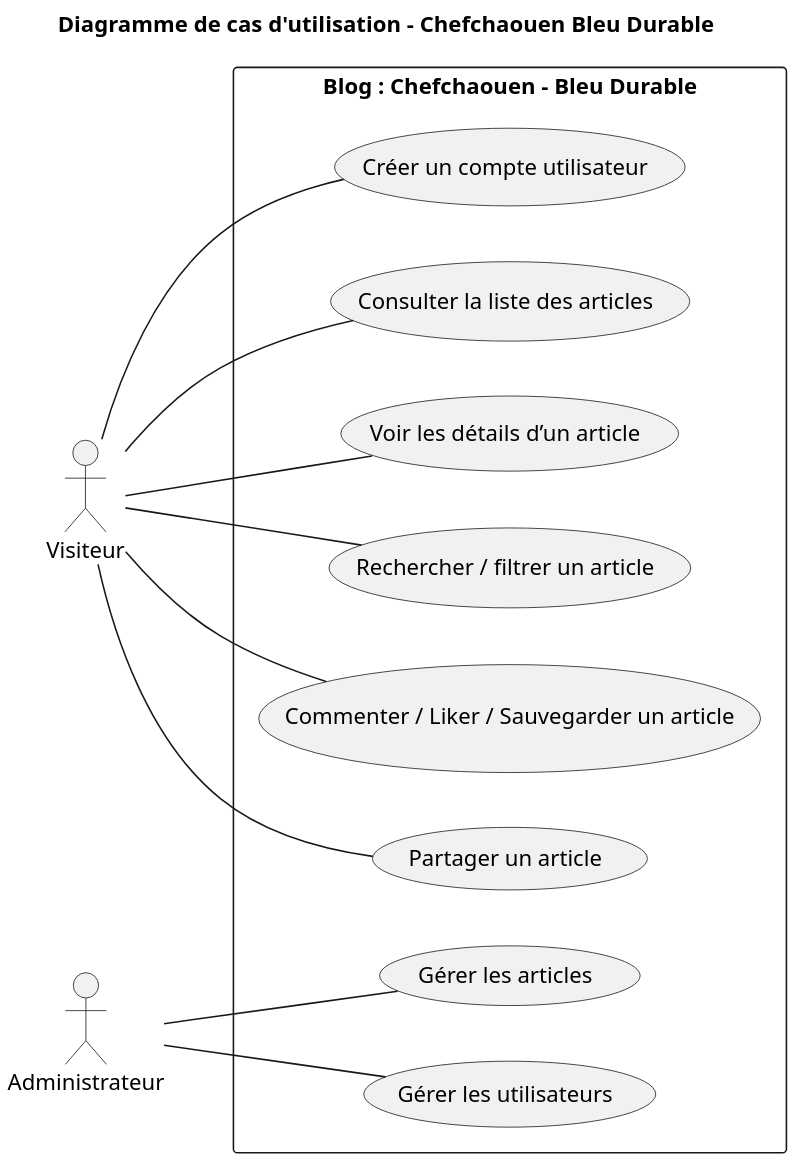
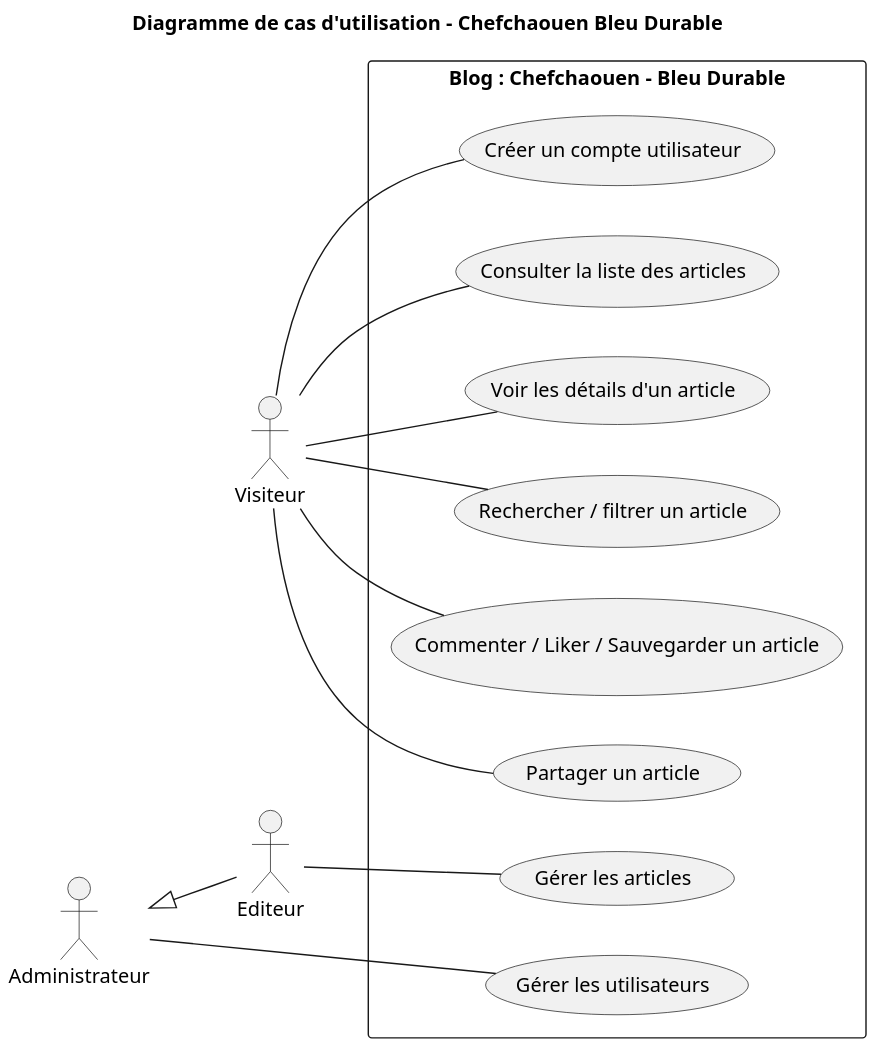
Before and after one commit to salma-dev123/analyse_besoin: the diagram in fonctionnalités_principales/diagram_useCase.puml, drawn with PlantUML.

Commit message:
update use case diagram

```diff
--- a/fonctionnalités_principales/diagram_useCase.puml
+++ b/fonctionnalités_principales/diagram_useCase.puml
@@ -1,32 +1,37 @@
 @startuml
 left to right direction
-scale 2
+scale 1.8
 title Diagramme de cas d'utilisation - Chefchaouen Bleu Durable
 
 actor "Visiteur" as Visiteur
 actor "Administrateur" as Admin
+actor "Editeur" as Editeur
 
-rectangle "Blog : Chefchaouen – Bleu Durable" {
+Admin <|-- Editeur
+
+rectangle "Blog : Chefchaouen - Bleu Durable" {
   (Créer un compte utilisateur) as UC1
   (Consulter la liste des articles) as UC2
-  (Voir les détails d’un article) as UC3
+  (Voir les détails d'un article) as UC3
   (Rechercher / filtrer un article) as UC4
   (Commenter / Liker / Sauvegarder un article) as UC5
   (Partager un article) as UC6
   (Gérer les articles) as UC7
   (Gérer les utilisateurs) as UC8
 }
 
 ' Relations du Visiteur
 Visiteur -- UC1
 Visiteur -- UC2
 Visiteur -- UC3
 Visiteur -- UC4
 Visiteur -- UC5
 Visiteur -- UC6
 
+' Relations de l'Editeur
+Editeur -- UC7
+
 ' Relations de l'Administrateur
-Admin -- UC7
 Admin -- UC8
 
 @enduml
```
